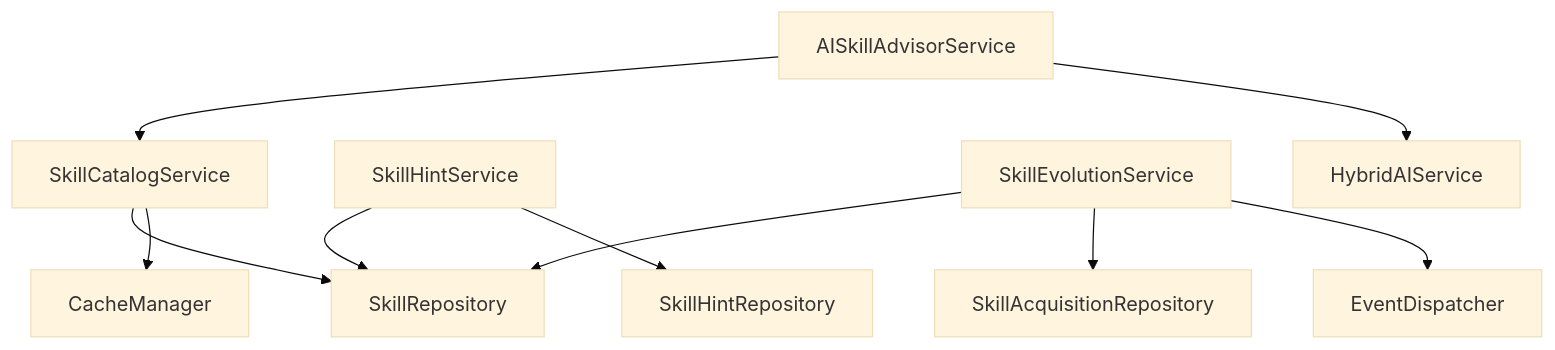
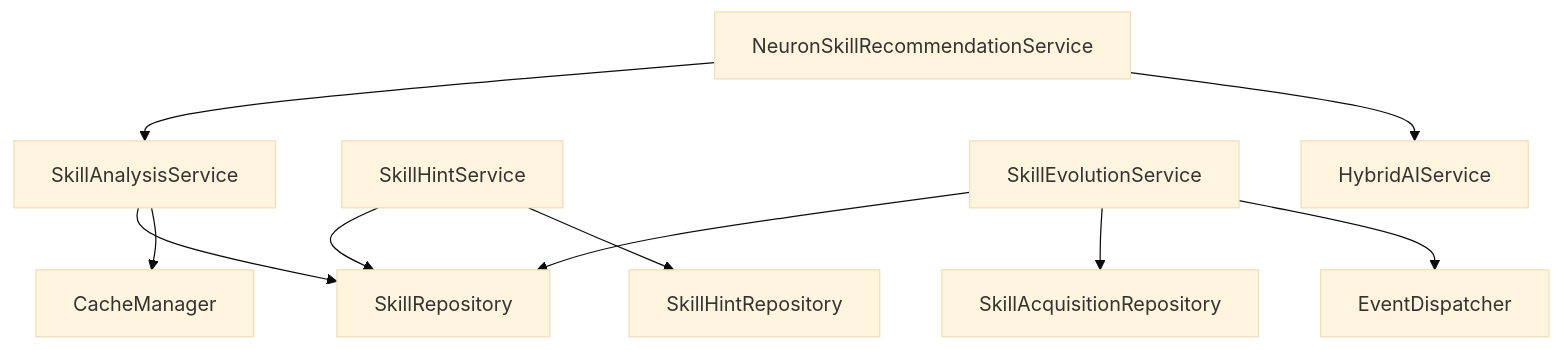
Before and after one commit to exatfrds67/umamusume-career-planner: the sixth of 7 diagrams in docs/01-tech-flow/TECH-FLOW-004_Skill_Management_Flow.md, drawn with Mermaid (base theme). The commit also changed other lines of this file and 111 other files, not shown here.

````diff
--- a/docs/01-tech-flow/TECH-FLOW-004_Skill_Management_Flow.md
+++ b/docs/01-tech-flow/TECH-FLOW-004_Skill_Management_Flow.md
@@ -1224,15 +1224,15 @@
 ```mermaid
 flowchart TD
-    SkillCatalogService --> SkillRepository
-    SkillCatalogService --> CacheManager
+    SkillAnalysisService --> SkillRepository
+    SkillAnalysisService --> CacheManager
     
     SkillHintService --> SkillRepository
     SkillHintService --> SkillHintRepository
     
     SkillEvolutionService --> SkillRepository
     SkillEvolutionService --> SkillAcquisitionRepository
     SkillEvolutionService --> EventDispatcher
     
-    AISkillAdvisorService --> SkillCatalogService
-    AISkillAdvisorService --> HybridAIService
+    NeuronSkillRecommendationService --> SkillAnalysisService
+    NeuronSkillRecommendationService --> HybridAIService
 ```
````
